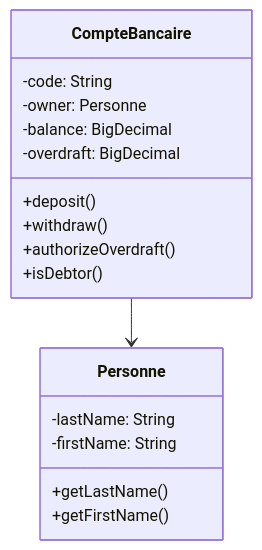
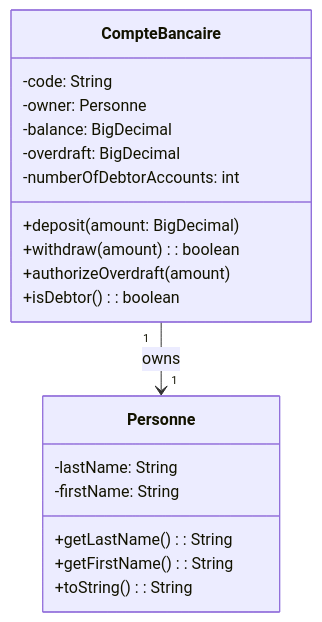
Before and after one commit to Lagmouchyoussef/java-oop-bank-store---Simple-and-descriptive: the second of 4 diagrams in README.md, drawn with Mermaid. The commit also changed other lines of this file, not shown here.

````diff
--- a/README.md
+++ b/README.md
@@ -137,22 +225,24 @@
 ```mermaid
 classDiagram
     class Personne {
         -lastName: String
         -firstName: String
-        +getLastName()
-        +getFirstName()
+        +getLastName(): String
+        +getFirstName(): String
+        +toString(): String
     }
     
     class CompteBancaire {
         -code: String
         -owner: Personne
         -balance: BigDecimal
         -overdraft: BigDecimal
-        +deposit()
-        +withdraw()
-        +authorizeOverdraft()
-        +isDebtor()
+        -numberOfDebtorAccounts: int
+        +deposit(amount: BigDecimal)
+        +withdraw(amount): boolean
+        +authorizeOverdraft(amount)
+        +isDebtor(): boolean
     }
     
-    CompteBancaire --> Personne
+    CompteBancaire "1" --> "1" Personne : owns
 ```
````
